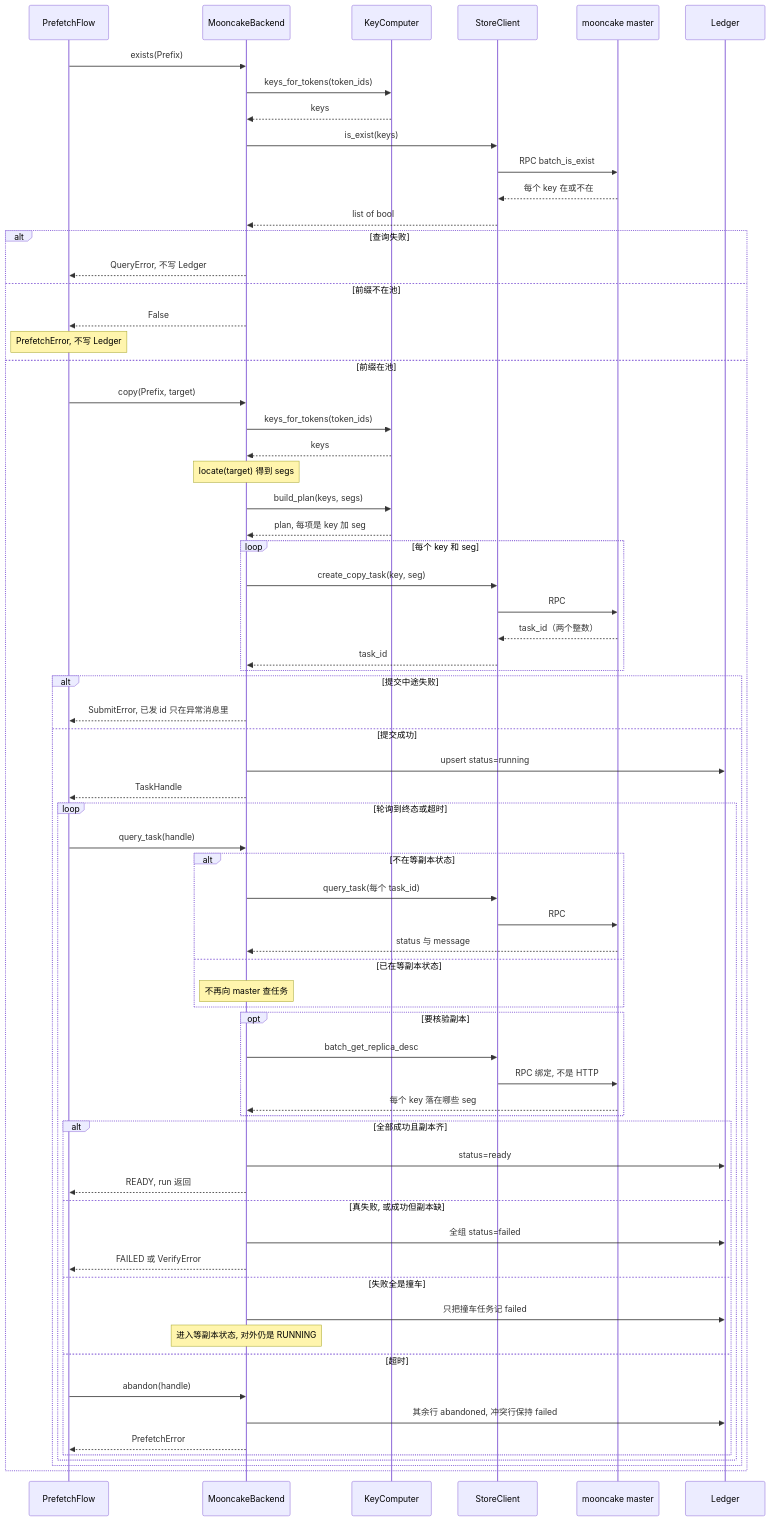
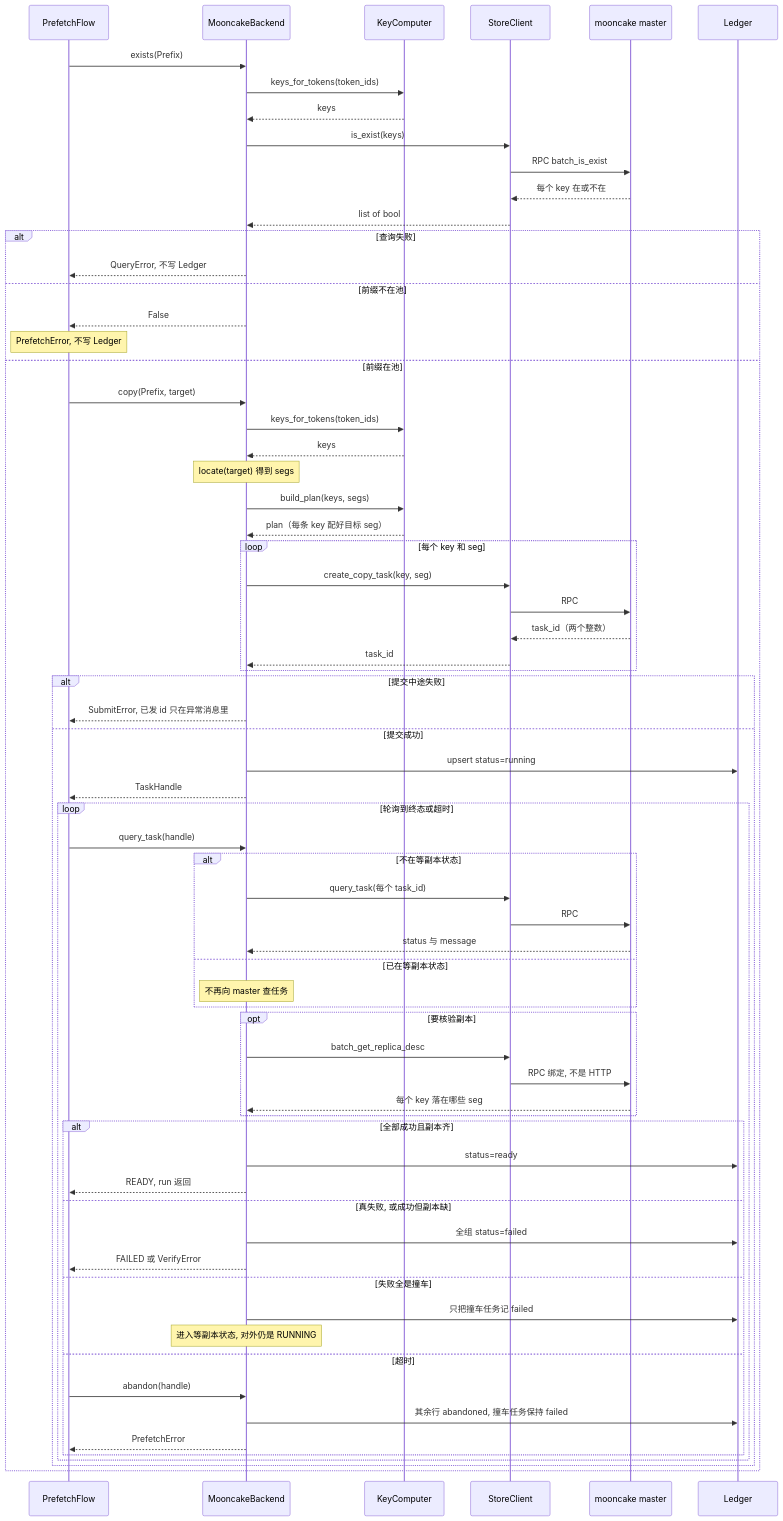
One commit to 5x8-40/lake changed the second of 7 diagrams in kvcm/design/code-architecture.md. Above: the diagram before and after it, drawn with Mermaid. The commit also changed other lines of this file, not shown here.

````diff
--- a/kvcm/design/code-architecture.md
+++ b/kvcm/design/code-architecture.md
@@ -115,71 +115,71 @@
 ```mermaid
 sequenceDiagram
     participant Flow as PrefetchFlow
     participant BE as MooncakeBackend
     participant KC as KeyComputer
     participant SC as StoreClient
     participant M as mooncake master
     participant DB as Ledger
 
     Flow->>BE: exists(Prefix)
     BE->>KC: keys_for_tokens(token_ids)
     KC-->>BE: keys
     BE->>SC: is_exist(keys)
     SC->>M: RPC batch_is_exist
     M-->>SC: 每个 key 在或不在
     SC-->>BE: list of bool
     alt 查询失败
         BE-->>Flow: QueryError, 不写 Ledger
     else 前缀不在池
         BE-->>Flow: False
         Note over Flow: PrefetchError, 不写 Ledger
     else 前缀在池
         Flow->>BE: copy(Prefix, target)
         BE->>KC: keys_for_tokens(token_ids)
         KC-->>BE: keys
         Note over BE: locate(target) 得到 segs
         BE->>KC: build_plan(keys, segs)
-        KC-->>BE: plan, 每项是 key 加 seg
+        KC-->>BE: plan（每条 key 配好目标 seg）
         loop 每个 key 和 seg
             BE->>SC: create_copy_task(key, seg)
             SC->>M: RPC
             M-->>SC: task_id（两个整数）
             SC-->>BE: task_id
         end
         alt 提交中途失败
             BE-->>Flow: SubmitError, 已发 id 只在异常消息里
         else 提交成功
             BE->>DB: upsert status=running
             BE-->>Flow: TaskHandle
             loop 轮询到终态或超时
                 Flow->>BE: query_task(handle)
                 alt 不在等副本状态
                     BE->>SC: query_task(每个 task_id)
                     SC->>M: RPC
                     M-->>BE: status 与 message
                 else 已在等副本状态
                     Note over BE: 不再向 master 查任务
                 end
                 opt 要核验副本
                     BE->>SC: batch_get_replica_desc
                     SC->>M: RPC 绑定, 不是 HTTP
                     M-->>BE: 每个 key 落在哪些 seg
                 end
                 alt 全部成功且副本齐
                     BE->>DB: status=ready
                     BE-->>Flow: READY, run 返回
                 else 真失败, 或成功但副本缺
                     BE->>DB: 全组 status=failed
                     BE-->>Flow: FAILED 或 VerifyError
                 else 失败全是撞车
                     BE->>DB: 只把撞车任务记 failed
                     Note over BE: 进入等副本状态, 对外仍是 RUNNING
                 else 超时
                     Flow->>BE: abandon(handle)
-                    BE->>DB: 其余行 abandoned, 冲突行保持 failed
+                    BE->>DB: 其余行 abandoned, 撞车任务保持 failed
                     BE-->>Flow: PrefetchError
                 end
             end
         end
     end
 ```
````
